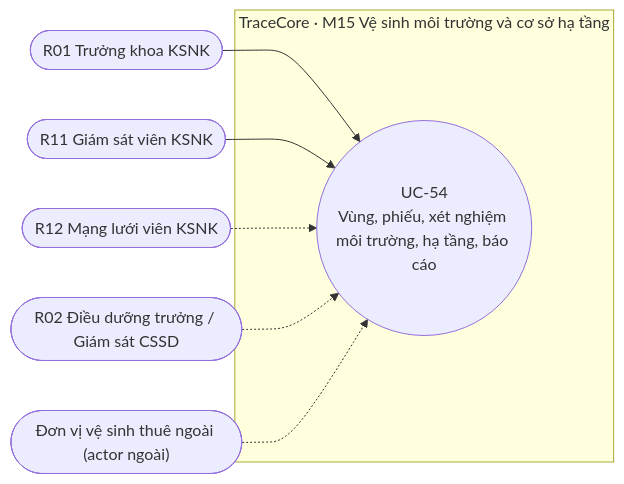
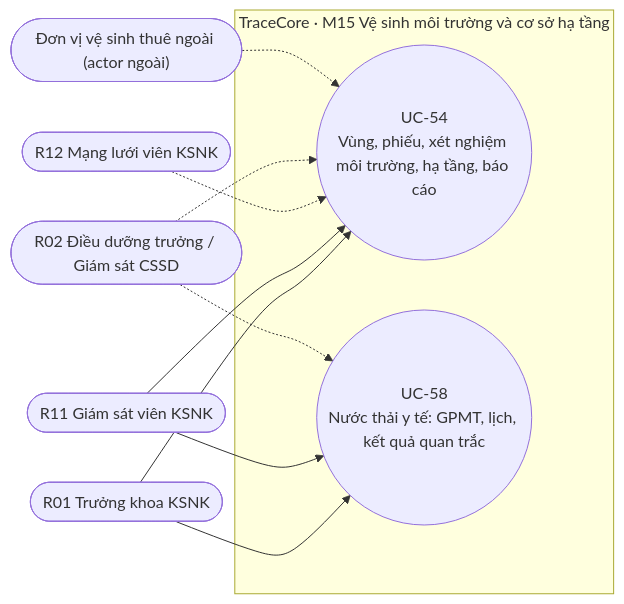
Before and after one commit to mvl26/tracecore: diagram 15 of 18 in docs/use-cases.md, drawn with Mermaid. The commit also changed other lines of this file and 6 other files, not shown here.

First line of the commit message:
docs(A-153): nước thải y tế vào M15 — FR-M15-08..13, BRU-ENV-004..006, UC-58, SCR-67, FEAT-095

````diff
--- a/docs/use-cases.md
+++ b/docs/use-cases.md
@@ -2362,16 +2362,20 @@
 ```mermaid
 graph LR
     r01(["R01 Trưởng khoa KSNK"])
     r11(["R11 Giám sát viên KSNK"])
     r12(["R12 Mạng lưới viên KSNK"])
     r02(["R02 Điều dưỡng trưởng / Giám sát CSSD"])
     ext(["Đơn vị vệ sinh thuê ngoài (actor ngoài)"])
     subgraph m15["TraceCore · M15 Vệ sinh môi trường và cơ sở hạ tầng"]
         uc54(("UC-54<br/>Vùng, phiếu, xét nghiệm môi trường, hạ tầng, báo cáo"))
+        uc58(("UC-58<br/>Nước thải y tế: GPMT, lịch, kết quả quan trắc"))
     end
     r01 --> uc54
+    r01 --> uc58
+    r11 --> uc58
+    r02 -.-> uc58
     r11 --> uc54
     r12 -.-> uc54
     r02 -.-> uc54
     ext -.-> uc54
 ```
````
